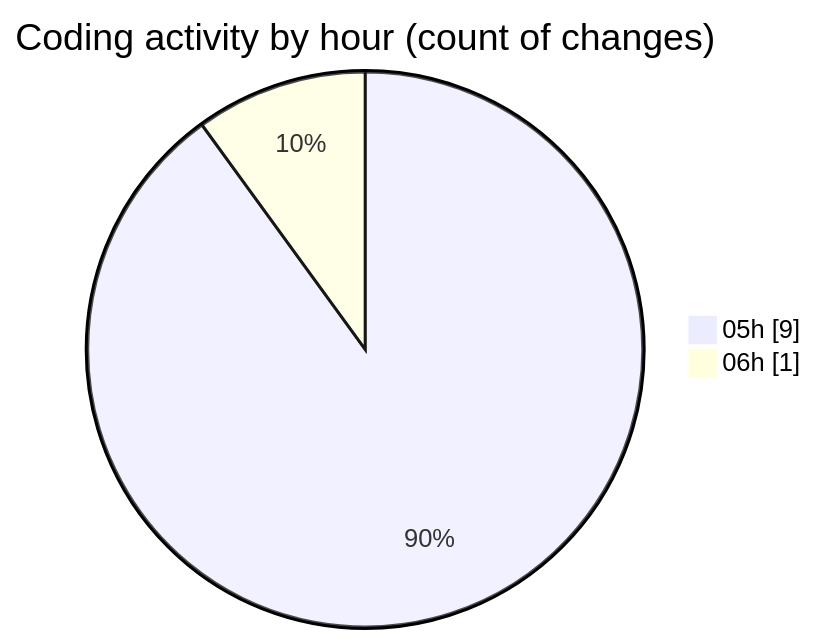
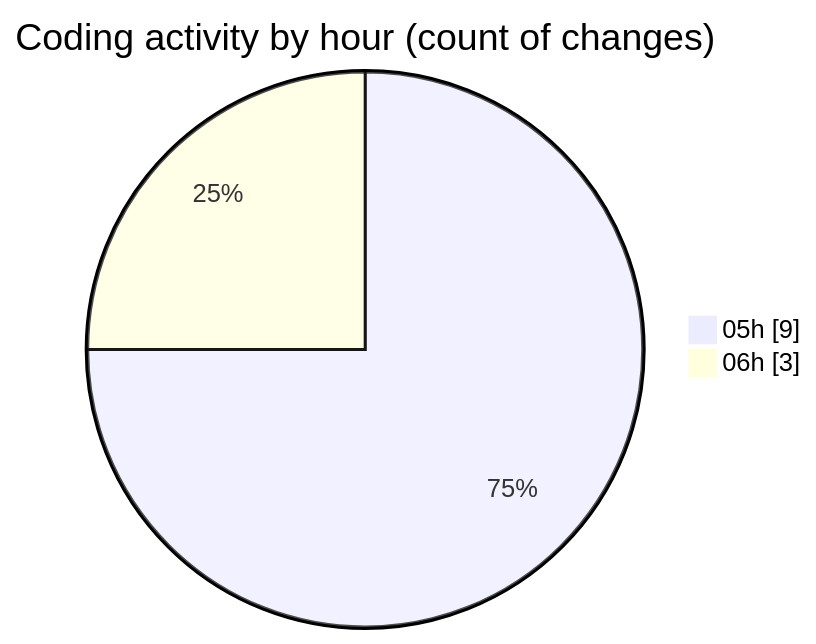
One commit to Elitesun/code-tracking changed the second of 2 diagrams in 2025-02-12/react_ecom/README.md. Above: the diagram before and after it, drawn with Mermaid. The commit also changed other lines of this file and 1 other file, not shown here.

````diff
--- a/2025-02-12/react_ecom/README.md
+++ b/2025-02-12/react_ecom/README.md
@@ -29,6 +30,6 @@
 ```mermaid
 pie showData
 title Coding activity by hour (count of changes)
 "05h" : 9
-"06h" : 1
+"06h" : 3
 ```
````
